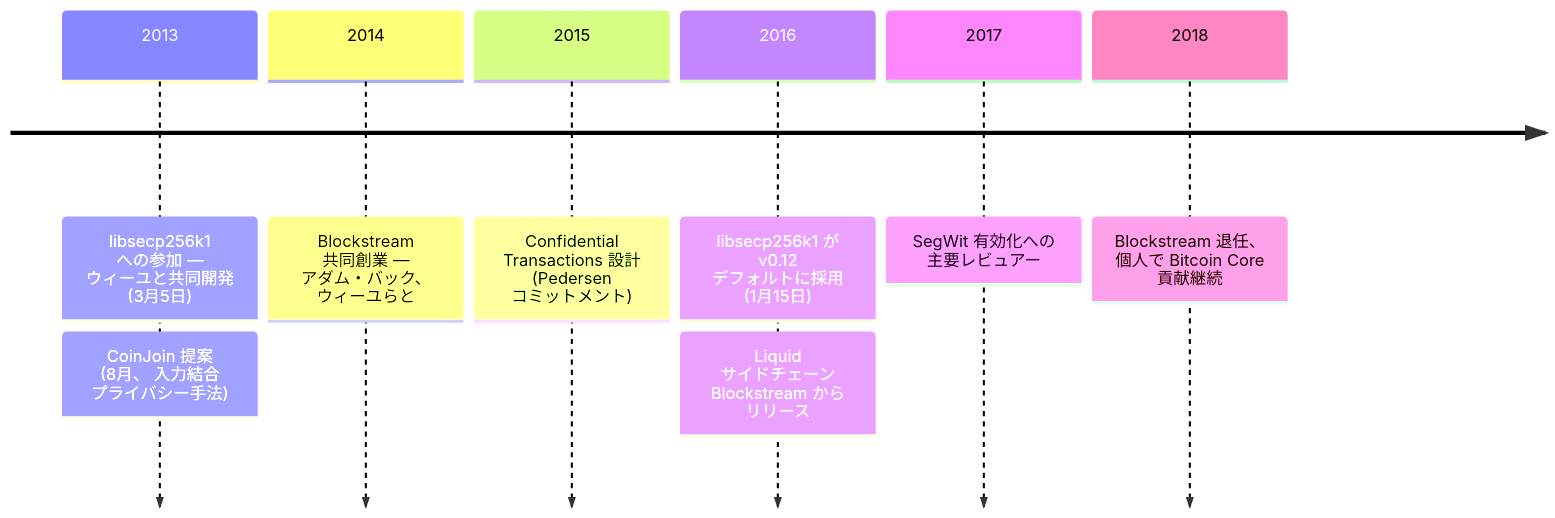
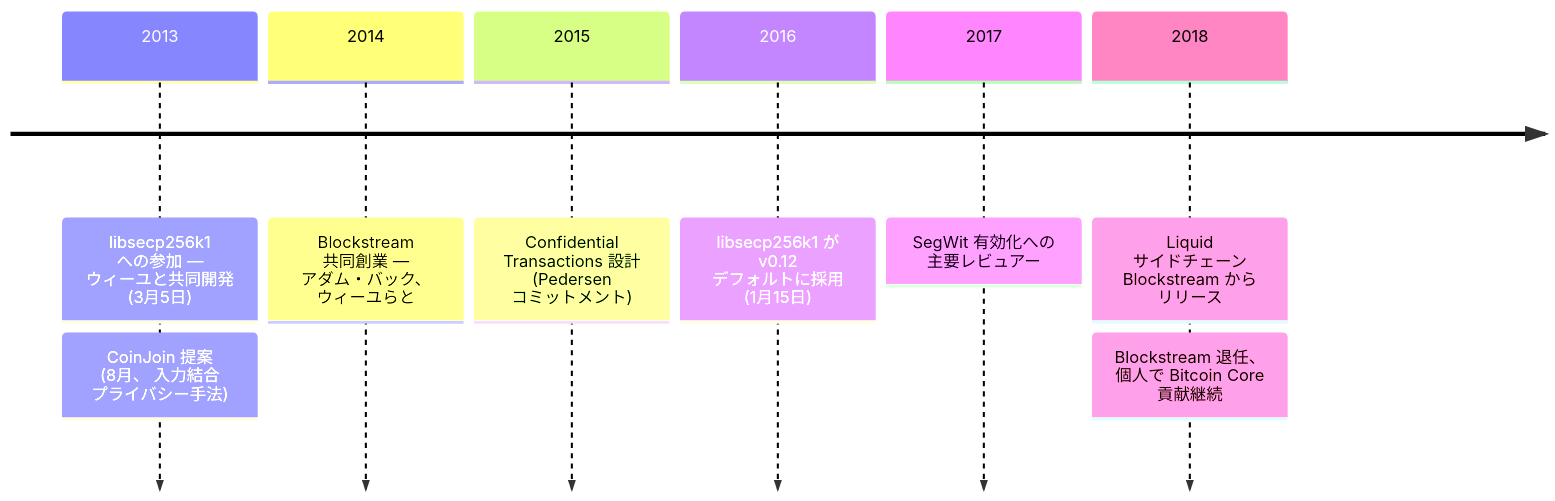
Before and after one commit to cypher256/BitcoinArchive: the diagram in src/data/translations/ja/aftermath/2013-03-05-gregory-maxwell-biography.md, drawn with Mermaid. The commit also changed 66 other files, not shown here.

````diff
--- a/src/data/translations/ja/aftermath/2013-03-05-gregory-maxwell-biography.md
+++ b/src/data/translations/ja/aftermath/2013-03-05-gregory-maxwell-biography.md
@@ -35,12 +35,12 @@
 ```mermaid
 timeline
     2013 : libsecp256k1 への参加 — ウィーユと共同開発 (3月5日)
          : CoinJoin 提案 (8月、 入力結合 プライバシー手法)
     2014 : Blockstream 共同創業 — アダム・バック、 ウィーユらと
     2015 : Confidential Transactions 設計 (Pedersen コミットメント)
     2016 : libsecp256k1 が v0.12 デフォルトに採用 (1月15日)
     %% link: /BitcoinArchive/ja/entries/aftermath/2016-01-15-libsecp256k1-replaces-openssl-bitcoin-core-v012/
-         : Liquid サイドチェーン Blockstream から リリース
     2017 : SegWit 有効化への 主要レビュアー
-    2018 : Blockstream 退任、 個人で Bitcoin Core 貢献継続
+    2018 : Liquid サイドチェーン Blockstream から リリース
+         : Blockstream 退任、 個人で Bitcoin Core 貢献継続
 ```
````
